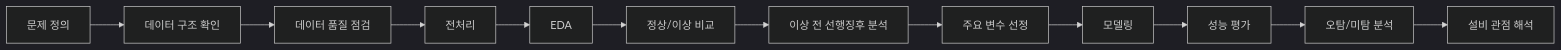
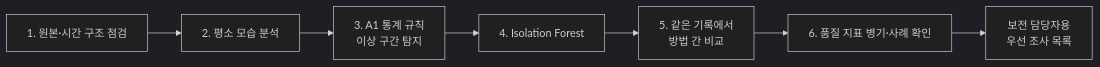
Before and after one commit to vompos0179-prog/heat-treatment-anomaly-prediction: the first of 2 diagrams in README.md, drawn with Mermaid (dark theme). The commit also changed other lines of this file and 2 other files, not shown here.

````diff
--- a/README.md
+++ b/README.md
@@ -62,14 +41,9 @@
 ```mermaid
 flowchart LR
-    A[문제 정의] --> B[데이터 구조 확인]
-    B --> C[데이터 품질 점검]
-    C --> D[전처리]
-    D --> E[EDA]
-    E --> F[정상/이상 비교]
-    F --> G[이상 전 선행징후 분석]
-    G --> H[주요 변수 선정]
-    H --> I[모델링]
-    I --> J[성능 평가]
-    J --> K[오탐/미탐 분석]
-    K --> L[설비 관점 해석]
+    A["1. 원본·시간 구조 점검"] --> B["2. 평소 모습 분석"]
+    B --> C["3. A1 통계 규칙<br/>이상 구간 탐지"]
+    C --> D["4. Isolation Forest"]
+    D --> E["5. 같은 기록에서<br/>방법 간 비교"]
+    E --> F["6. 품질 지표 병기·사례 확인"]
+    F --> G["보전 담당자용<br/>우선 조사 목록"]
 ```
````
